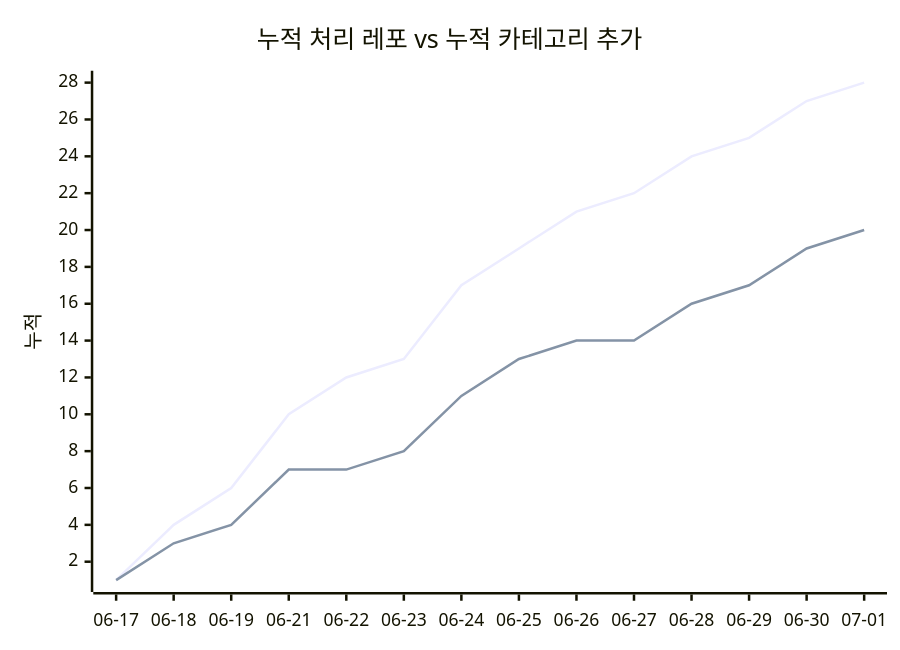
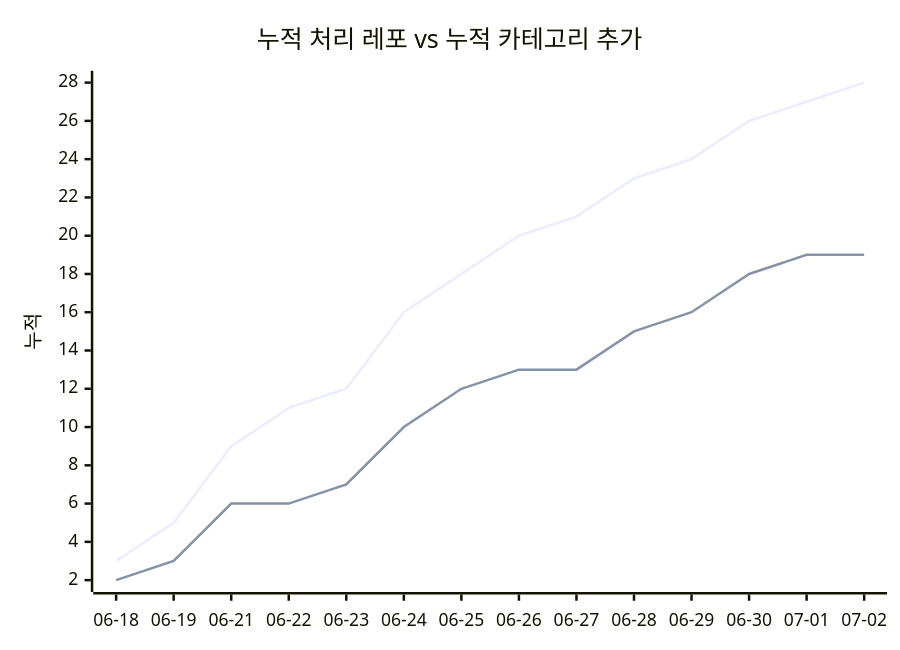
The second of 2 diagrams in docs/trends.md (J-nowcow/awesome-korean-agent-skills), drawn with Mermaid before and after one commit. The commit also changed other lines of this file and 2 other files, not shown here.

````diff
--- a/docs/trends.md
+++ b/docs/trends.md
@@ -68,8 +68,8 @@
 ```mermaid
 xychart-beta
     title "누적 처리 레포 vs 누적 카테고리 추가"
-    x-axis ["06-17","06-18","06-19","06-21","06-22","06-23","06-24","06-25","06-26","06-27","06-28","06-29","06-30","07-01"]
+    x-axis ["06-18","06-19","06-21","06-22","06-23","06-24","06-25","06-26","06-27","06-28","06-29","06-30","07-01","07-02"]
     y-axis "누적"
-    line [1,4,6,10,12,13,17,19,21,22,24,25,27,28]
-    line [1,3,4,7,7,8,11,13,14,14,16,17,19,20]
+    line [3,5,9,11,12,16,18,20,21,23,24,26,27,28]
+    line [2,3,6,6,7,10,12,13,13,15,16,18,19,19]
 ```
````
